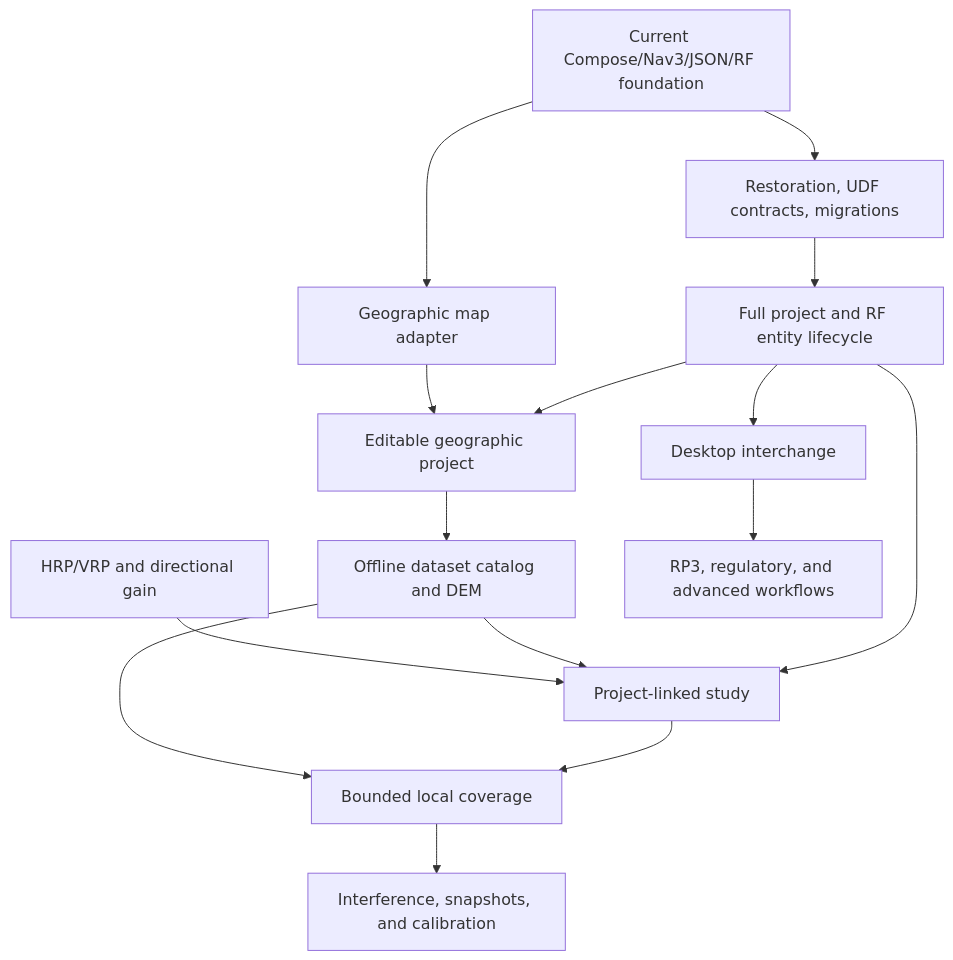
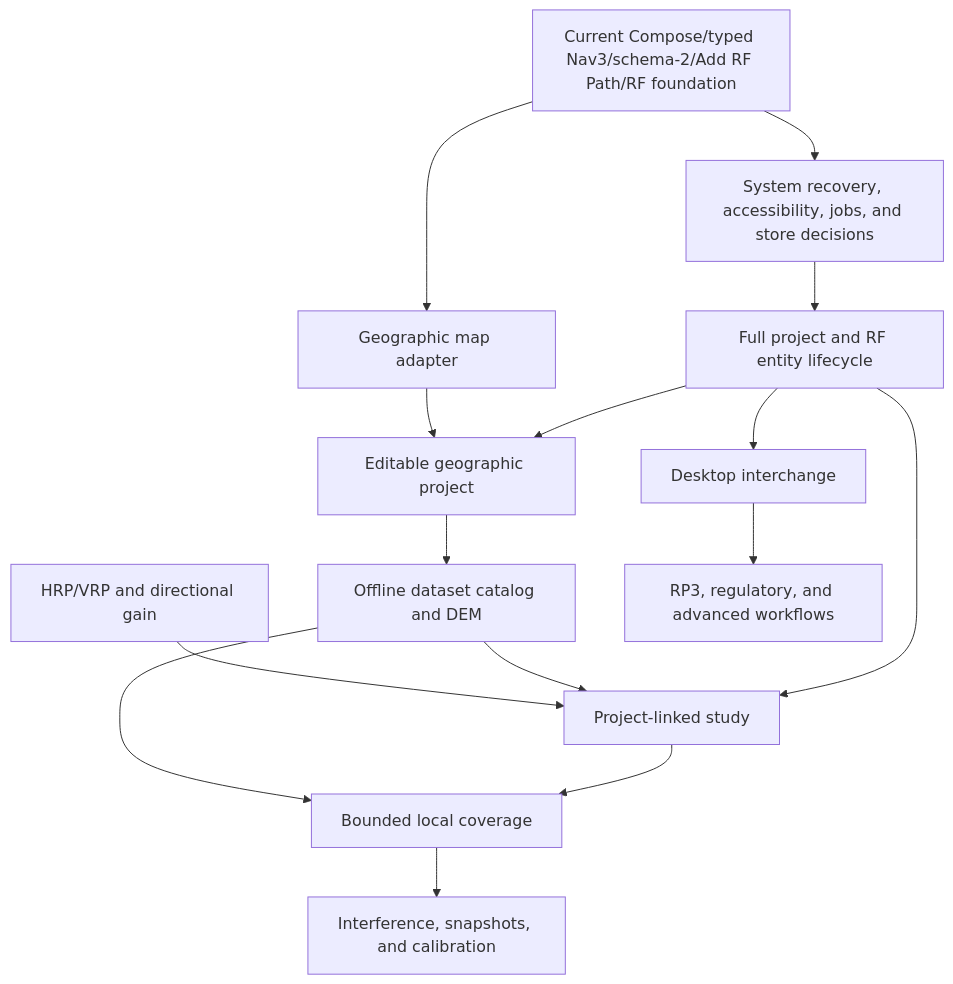
The diagram in docs/APPLICATION_MAP.md (Gecesars/ATX_PLA_APK), drawn with Mermaid before and after one commit. The commit also changed other lines of this file and 34 other files, not shown here.

First line of the commit message:
feat: harden app foundation and persist RF paths

````diff
--- a/docs/APPLICATION_MAP.md
+++ b/docs/APPLICATION_MAP.md
@@ -229,17 +231,17 @@
 ```mermaid
 flowchart TD
-    CURRENT[Current Compose/Nav3/JSON/RF foundation] --> HARDEN[Restoration, UDF contracts, migrations]
+    CURRENT[Current Compose/typed Nav3/schema-2/Add RF Path/RF foundation] --> HARDEN[System recovery, accessibility, jobs, and store decisions]
     HARDEN --> PROJECT[Full project and RF entity lifecycle]
     CURRENT --> MAPSPIKE[Geographic map adapter]
     PROJECT --> MAP[Editable geographic project]
     MAPSPIKE --> MAP
     MAP --> DATA[Offline dataset catalog and DEM]
     PROJECT --> LINK[Project-linked study]
     DATA --> LINK
     ANTENNA[HRP/VRP and directional gain] --> LINK
     LINK --> COVERAGE[Bounded local coverage]
     DATA --> COVERAGE
     COVERAGE --> NETWORK[Interference, snapshots, and calibration]
     PROJECT --> INTEROP[Desktop interchange]
     INTEROP --> ADVANCED[RP3, regulatory, and advanced workflows]
 ```
````
